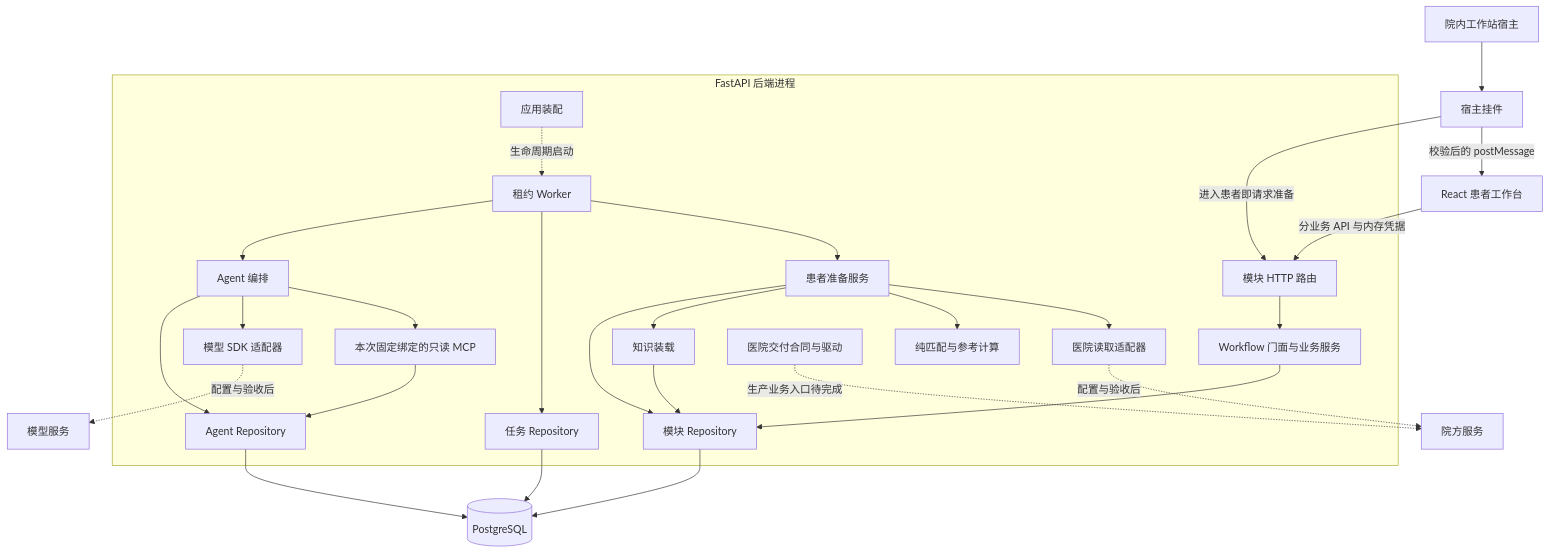
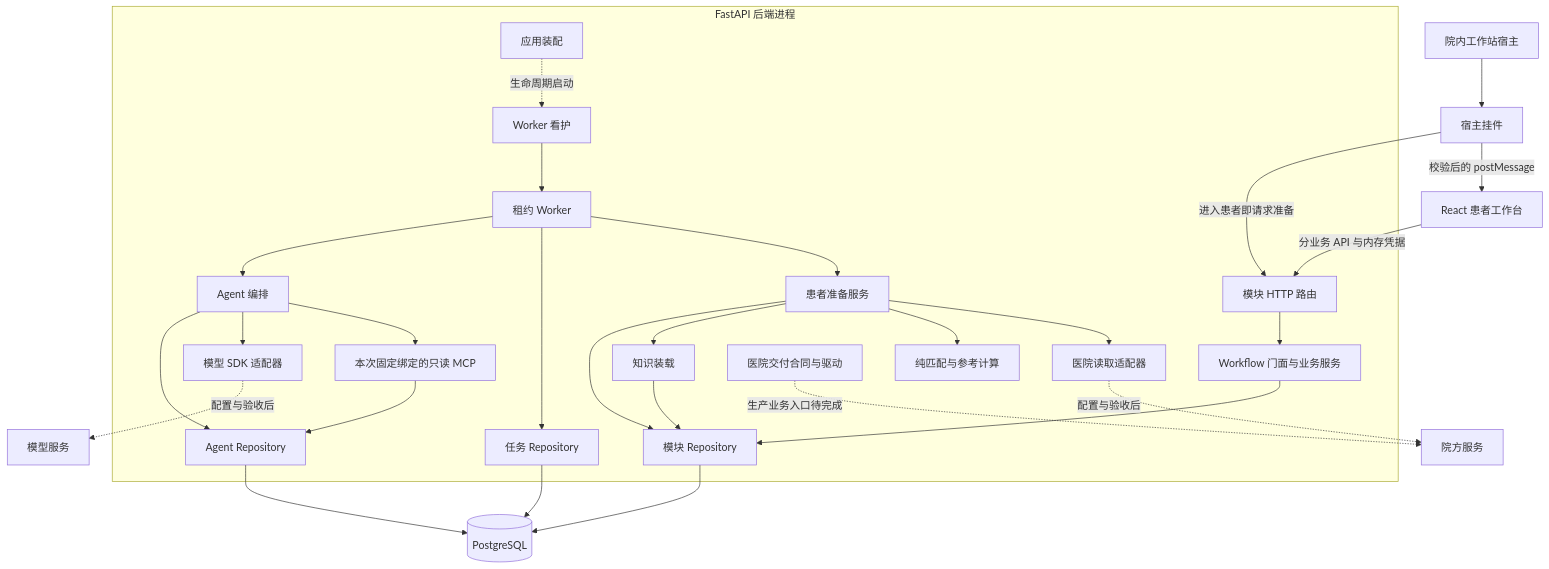
Before and after one commit to dcongthinh0-ship-it/-agent: the diagram in docs/architecture.md, drawn with Mermaid. The commit also changed other lines of this file and 21 other files, not shown here.

````diff
--- a/docs/architecture.md
+++ b/docs/architecture.md
@@ -75,31 +76,32 @@
 ```mermaid
 flowchart TB
     Host[院内工作站宿主] --> Widget[宿主挂件]
     Widget -->|进入患者即请求准备| API[模块 HTTP 路由]
     Widget -->|校验后的 postMessage| UI[React 患者工作台]
     UI -->|分业务 API 与内存凭据| API
     subgraph Backend[FastAPI 后端进程]
         API --> WF[Workflow 门面与业务服务]
-        Bootstrap[应用装配] -. 生命周期启动 .-> W[租约 Worker]
+        Bootstrap[应用装配] -. 生命周期启动 .-> Supervisor[Worker 看护]
+        Supervisor --> W[租约 Worker]
         W --> Prepare[患者准备服务]
         Prepare --> Reader[医院读取适配器]
         Prepare --> Match[纯匹配与参考计算]
         Prepare --> Knowledge[知识装载]
         Prepare --> Repo[模块 Repository]
         Knowledge --> Repo
         WF --> Repo
         W --> Jobs[任务 Repository]
         W --> Agent[Agent 编排]
         Agent --> MCP[本次固定绑定的只读 MCP]
         Agent --> SDK[模型 SDK 适配器]
         Agent --> AgentRepo[Agent Repository]
         MCP --> AgentRepo
         Delivery[医院交付合同与驱动]
     end
     Repo --> DB[(PostgreSQL)]
     Jobs --> DB
     AgentRepo --> DB
     Reader -. 配置与验收后 .-> HIS[院方服务]
     SDK -. 配置与验收后 .-> Model[模型服务]
     Delivery -. 生产业务入口待完成 .-> HIS
 ```
````
